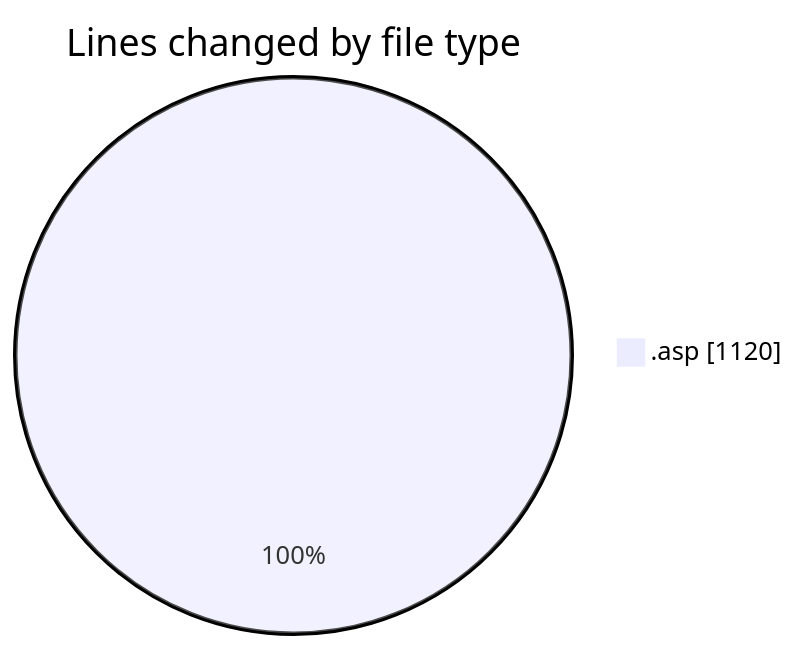
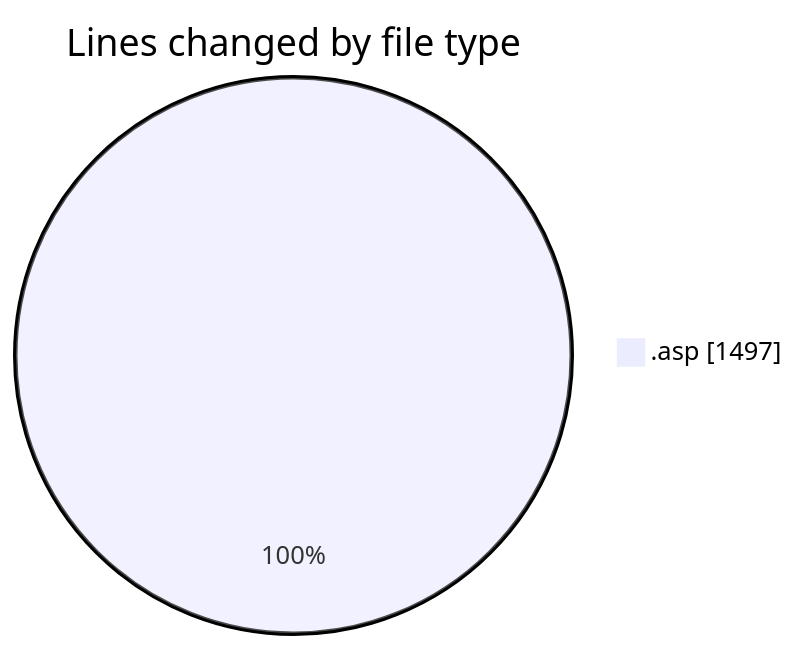
Before and after one commit to julien-gomy/code-tracking: the first of 2 diagrams in 2025-10-15/cdp_aleoudev_fr__workspace_/README.md, drawn with Mermaid. The commit also changed other lines of this file and 1 other file, not shown here.

````diff
--- a/2025-10-15/cdp_aleoudev_fr__workspace_/README.md
+++ b/2025-10-15/cdp_aleoudev_fr__workspace_/README.md
@@ -22,5 +23,5 @@
 ```mermaid
 pie showData
 title Lines changed by file type
-".asp" : 1120
+".asp" : 1497
 ```
````
